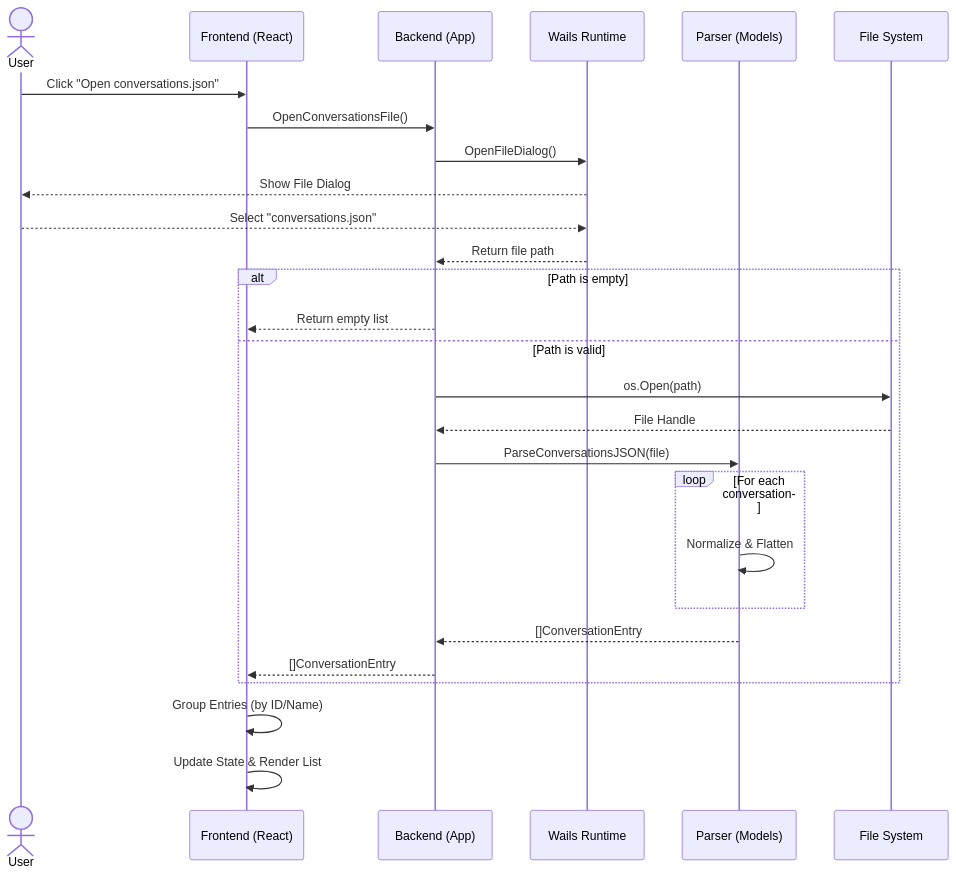
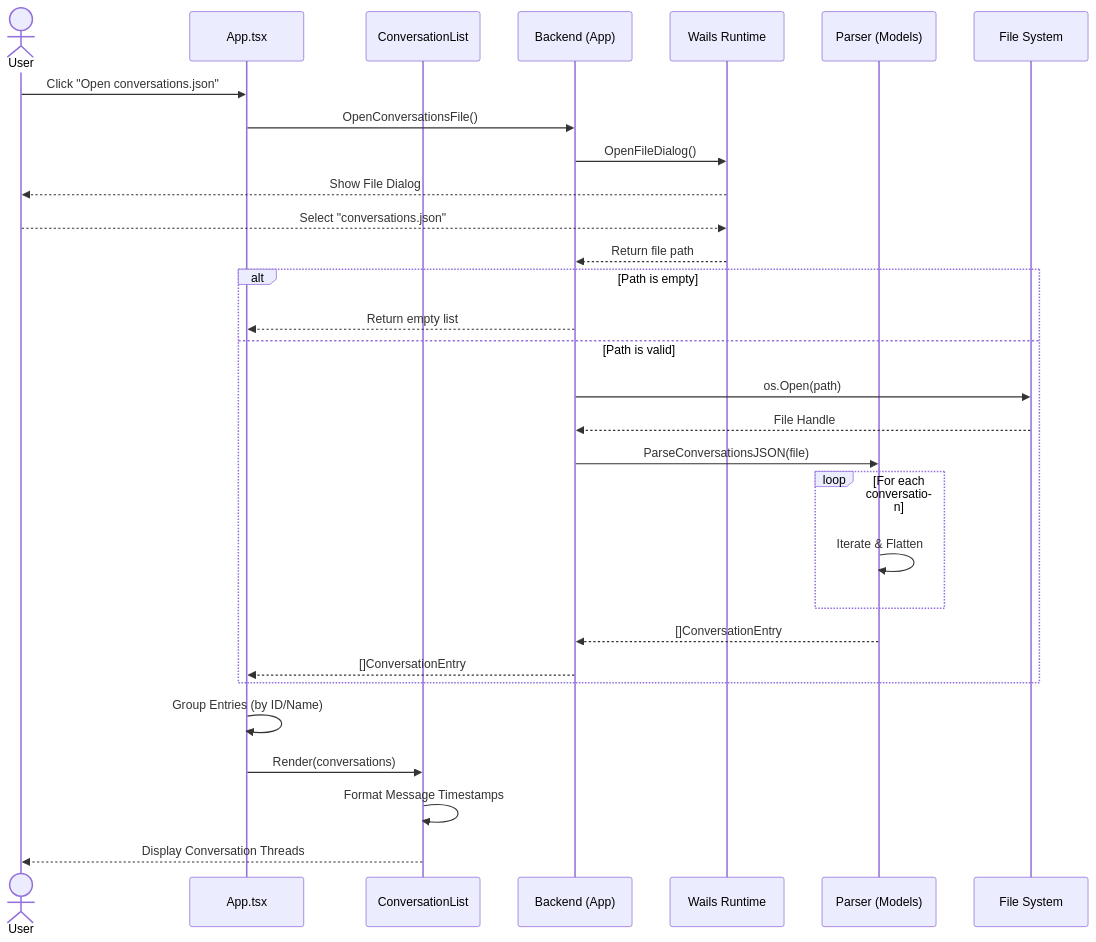
One commit to johnpfeiffer/chat-explorer changed the second of 2 diagrams in docs/architecture.md. Above: the diagram before and after it, drawn with Mermaid. The commit also changed other lines of this file and 11 other files, not shown here.

Commit message:
improvements on the message details: removed ai mistaken defensive fields - instead now anchored on a real sample, refactored UI to have Conversations not just munged into App, ensuring showing the user the message timestamp (local timezone)

````diff
--- a/docs/architecture.md
+++ b/docs/architecture.md
@@ -71,32 +105,35 @@
 ```mermaid
 sequenceDiagram
     actor User
-    participant UI as Frontend (React)
-    participant App as Backend (App)
+    participant UI as App.tsx
+    participant List as ConversationList
+    participant Backend as Backend (App)
     participant Runtime as Wails Runtime
     participant Parser as Parser (Models)
     participant FS as File System
 
     User->>UI: Click "Open conversations.json"
-    UI->>App: OpenConversationsFile()
-    App->>Runtime: OpenFileDialog()
+    UI->>Backend: OpenConversationsFile()
+    Backend->>Runtime: OpenFileDialog()
     Runtime-->>User: Show File Dialog
     User-->>Runtime: Select "conversations.json"
-    Runtime-->>App: Return file path
+    Runtime-->>Backend: Return file path
     
     alt Path is empty
-        App-->>UI: Return empty list
+        Backend-->>UI: Return empty list
     else Path is valid
-        App->>FS: os.Open(path)
-        FS-->>App: File Handle
-        App->>Parser: ParseConversationsJSON(file)
+        Backend->>FS: os.Open(path)
+        FS-->>Backend: File Handle
+        Backend->>Parser: ParseConversationsJSON(file)
         loop For each conversation
-            Parser->>Parser: Normalize & Flatten
+            Parser->>Parser: Iterate & Flatten
         end
-        Parser-->>App: []ConversationEntry
-        App-->>UI: []ConversationEntry
+        Parser-->>Backend: []ConversationEntry
+        Backend-->>UI: []ConversationEntry
     end
     
     UI->>UI: Group Entries (by ID/Name)
-    UI->>UI: Update State & Render List
+    UI->>List: Render(conversations)
+    List->>List: Format Message Timestamps
+    List-->>User: Display Conversation Threads
 ```
````
